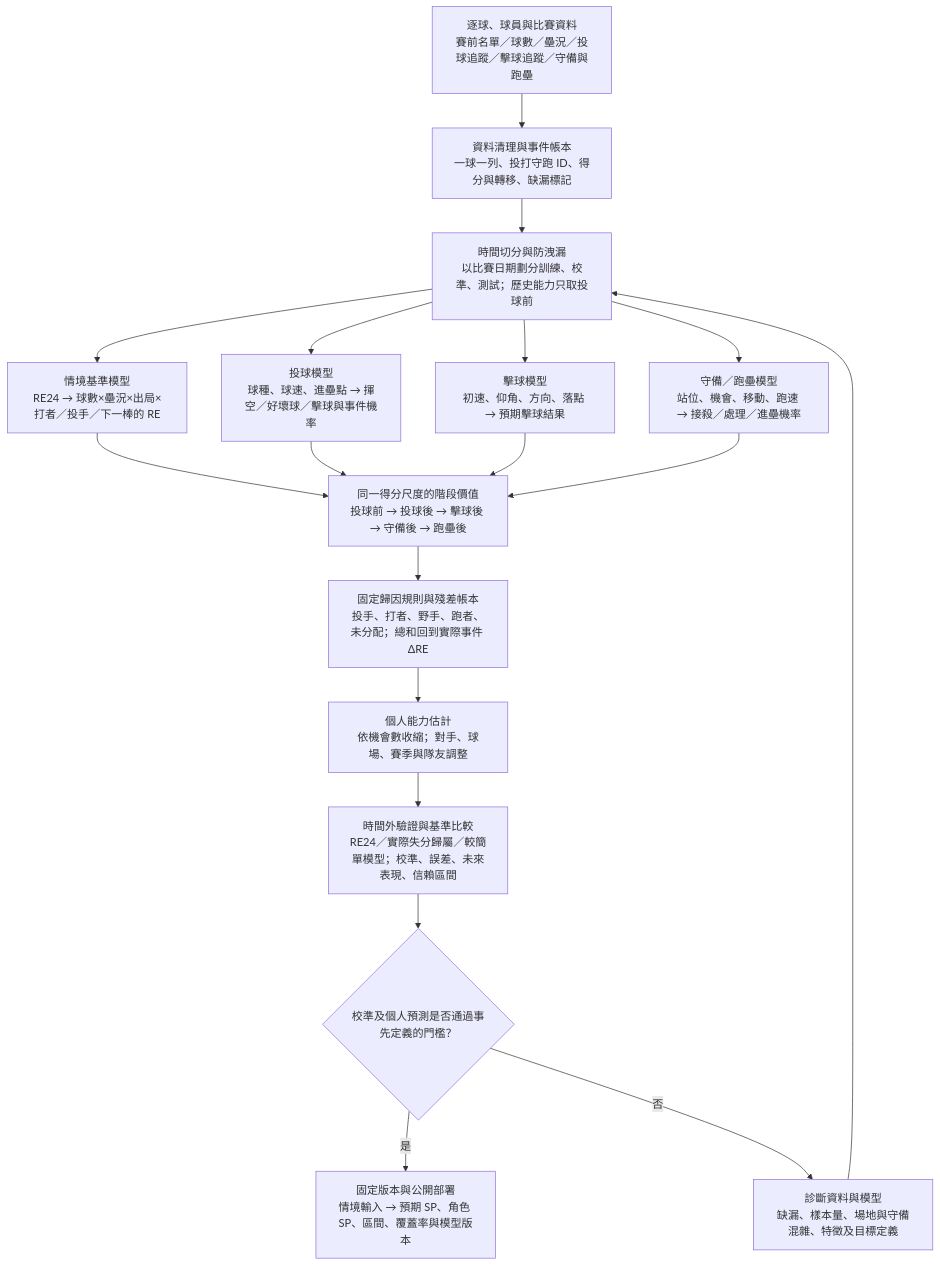
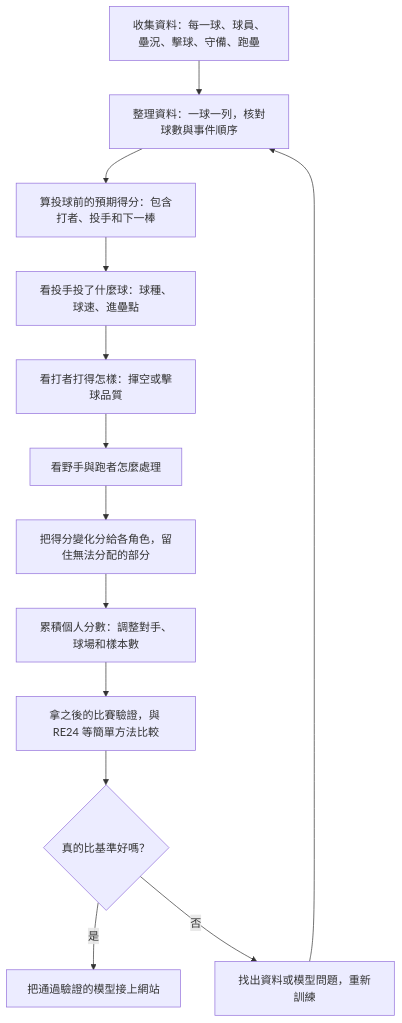
One commit to yuan-yuan-hackathon/cpbl-sp-simulator changed the diagram in docs/FINAL_MODEL_FLOW.md. Above: the diagram before and after it, drawn with Mermaid. The commit also changed other lines of this file, not shown here.

````diff
--- a/docs/FINAL_MODEL_FLOW.md
+++ b/docs/FINAL_MODEL_FLOW.md
@@ -5,20 +21,15 @@
 ```mermaid
 flowchart TD
-    A["逐球、球員與比賽資料<br/>賽前名單／球數／壘況／投球追蹤／擊球追蹤／守備與跑壘"] --> B["資料清理與事件帳本<br/>一球一列、投打守跑 ID、得分與轉移、缺漏標記"]
-    B --> C["時間切分與防洩漏<br/>以比賽日期劃分訓練、校準、測試；歷史能力只取投球前"]
-    C --> D["情境基準模型<br/>RE24 → 球數×壘況×出局×打者／投手／下一棒的 RE"]
-    C --> E["投球模型<br/>球種、球速、進壘點 → 揮空／好壞球／擊球與事件機率"]
-    C --> F["擊球模型<br/>初速、仰角、方向、落點 → 預期擊球結果"]
-    C --> G["守備／跑壘模型<br/>站位、機會、移動、跑速 → 接殺／處理／進壘機率"]
-    D --> H["同一得分尺度的階段價值<br/>投球前 → 投球後 → 擊球後 → 守備後 → 跑壘後"]
-    E --> H
-    F --> H
-    G --> H
-    H --> I["固定歸因規則與殘差帳本<br/>投手、打者、野手、跑者、未分配；總和回到實際事件 ΔRE"]
-    I --> J["個人能力估計<br/>依機會數收縮；對手、球場、賽季與隊友調整"]
-    J --> K["時間外驗證與基準比較<br/>RE24／實際失分歸屬／較簡單模型；校準、誤差、未來表現、信賴區間"]
-    K --> L{"校準及個人預測是否通過事先定義的門檻？"}
-    L -->|是| M["固定版本與公開部署<br/>情境輸入 → 預期 SP、角色 SP、區間、覆蓋率與模型版本"]
-    L -->|否| N["診斷資料與模型<br/>缺漏、樣本量、場地與守備混雜、特徵及目標定義"]
-    N --> C
+    A["收集資料：每一球、球員、壘況、擊球、守備、跑壘"] --> B["整理資料：一球一列，核對球數與事件順序"]
+    B --> C["算投球前的預期得分：包含打者、投手和下一棒"]
+    C --> D["看投手投了什麼球：球種、球速、進壘點"]
+    D --> E["看打者打得怎樣：揮空或擊球品質"]
+    E --> F["看野手與跑者怎麼處理"]
+    F --> G["把得分變化分給各角色，留住無法分配的部分"]
+    G --> H["累積個人分數：調整對手、球場和樣本數"]
+    H --> I["拿之後的比賽驗證，與 RE24 等簡單方法比較"]
+    I --> J{"真的比基準好嗎？"}
+    J -->|是| K["把通過驗證的模型接上網站"]
+    J -->|否| L["找出資料或模型問題，重新訓練"]
+    L --> B
 ```
````
